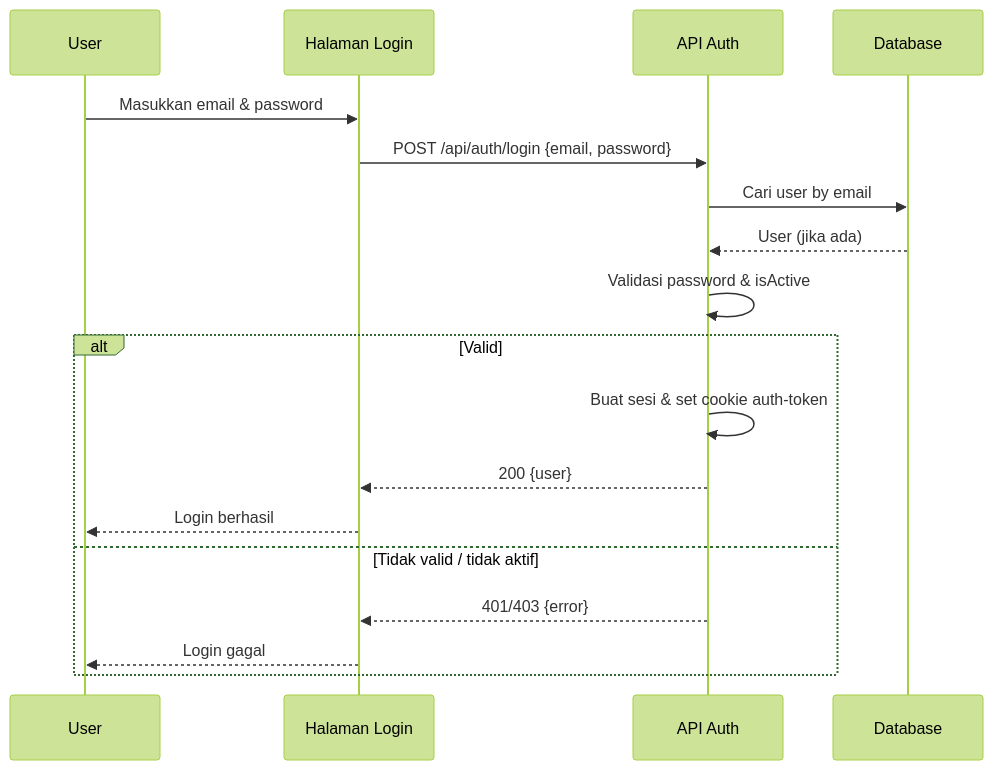
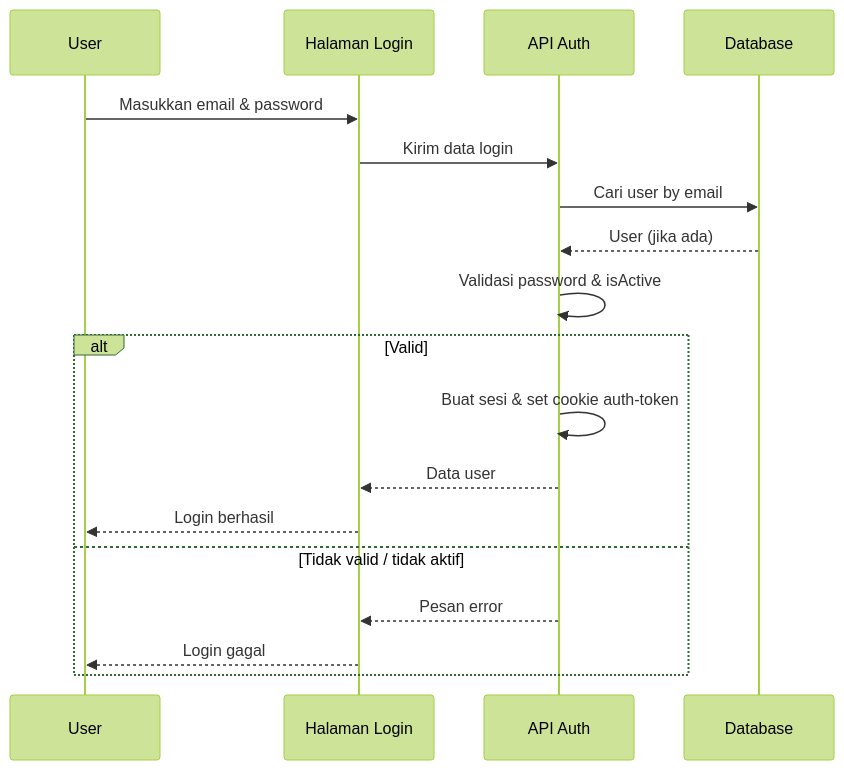
Before and after one commit to QilAqil/PPTB_BQ: the diagram in diagrams/seq_login_user.mmd, drawn with Mermaid (forest theme). The commit also changed 19 other files, not shown here.

```diff
--- a/diagrams/seq_login_user.mmd
+++ b/diagrams/seq_login_user.mmd
@@ -1,20 +1,20 @@
 sequenceDiagram
   participant U as User
   participant UI as Halaman Login
   participant API as API Auth
   participant DB as Database
 
   U->>UI: Masukkan email & password
-  UI->>API: POST /api/auth/login {email, password}
+  UI->>API: Kirim data login
   API->>DB: Cari user by email
   DB-->>API: User (jika ada)
   API->>API: Validasi password & isActive
 
   alt Valid
     API->>API: Buat sesi & set cookie auth-token
-    API-->>UI: 200 {user}
+    API-->>UI: Data user
     UI-->>U: Login berhasil
   else Tidak valid / tidak aktif
-    API-->>UI: 401/403 {error}
+    API-->>UI: Pesan error
     UI-->>U: Login gagal
   end
```
